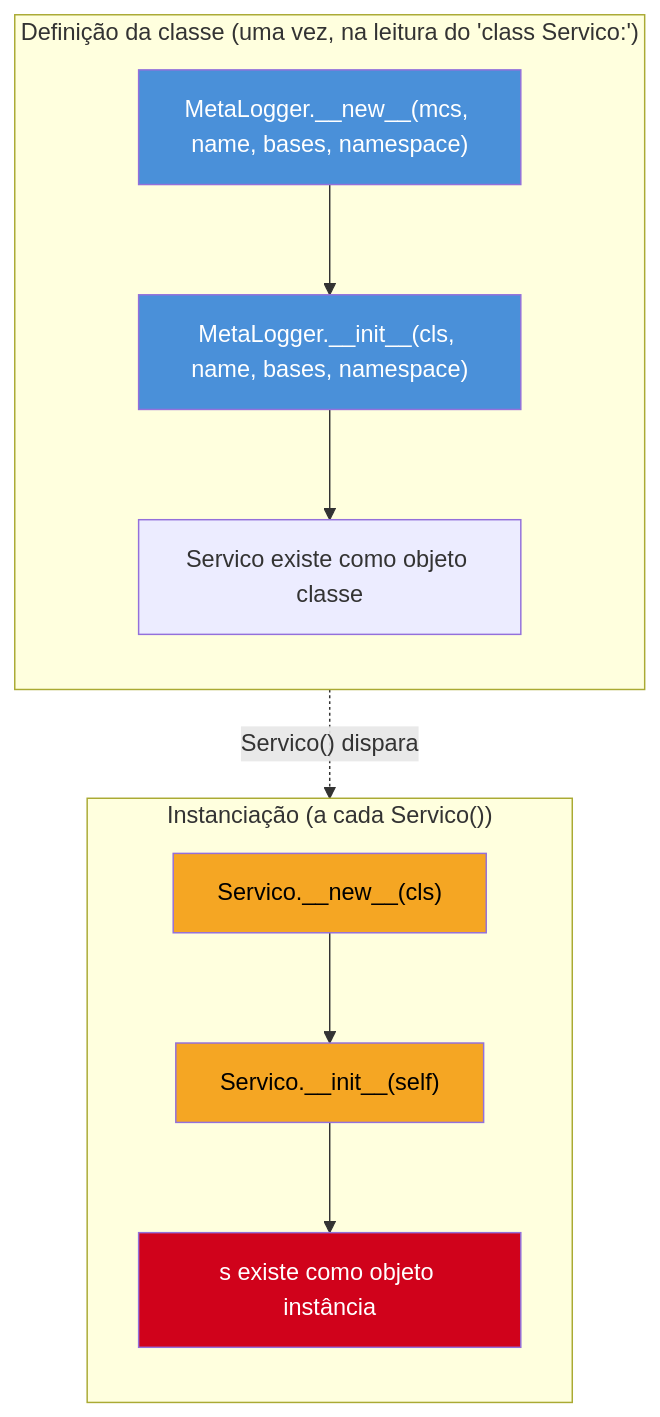
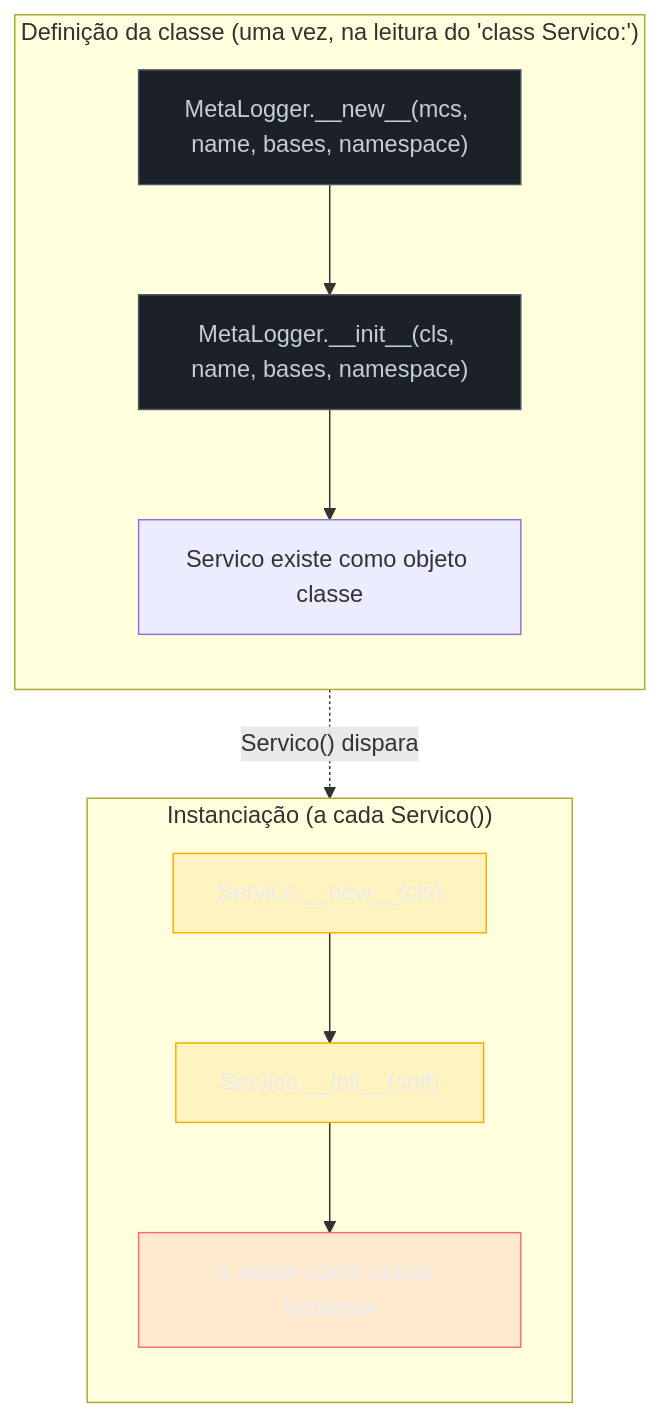
The second of 2 diagrams in 03-Dominios/Tecnologia/Python/OO e Data Model/08 - Metaclasses — introdução.md (josenaldo/codex-technomanticus), drawn with Mermaid before and after one commit. The commit also changed other lines of this file and 1181 other files, not shown here.

First line of the commit message:
fix(diagramas): paleta do sistema no lugar de cor cravada no markdown

````diff
--- a/03-Dominios/Tecnologia/Python/OO e Data Model/08 - Metaclasses — introdução.md
+++ b/03-Dominios/Tecnologia/Python/OO e Data Model/08 - Metaclasses — introdução.md
@@ -181,20 +184,23 @@
 ```mermaid
 flowchart TB
+    classDef neutro fill:#1B2029,stroke:#4E5666,color:#C6CCD8
+    classDef destaque fill:#FFAA0024,stroke:#FFAA00,color:#E9ECF2
+    classDef falha fill:#FF6B6B24,stroke:#FF6B6B,color:#E9ECF2
     subgraph Def["Definição da classe (uma vez, na leitura do 'class Servico:')"]
         direction TB
         D1["MetaLogger.__new__(mcs, name, bases, namespace)"] --> D2["MetaLogger.__init__(cls, name, bases, namespace)"]
         D2 --> D3["Servico existe como objeto classe"]
     end
     subgraph Inst["Instanciação (a cada Servico())"]
         direction TB
         I1["Servico.__new__(cls)"] --> I2["Servico.__init__(self)"]
         I2 --> I3["s existe como objeto instância"]
     end
     D3 -.->|"Servico() dispara"| I1
 
-    style D1 fill:#4A90D9,color:#fff
-    style D2 fill:#4A90D9,color:#fff
-    style I1 fill:#F5A623,color:#000
-    style I2 fill:#F5A623,color:#000
-    style I3 fill:#D0021B,color:#fff
+    class D1 neutro
+    class D2 neutro
+    class I1 destaque
+    class I2 destaque
+    class I3 falha
 ```
````
